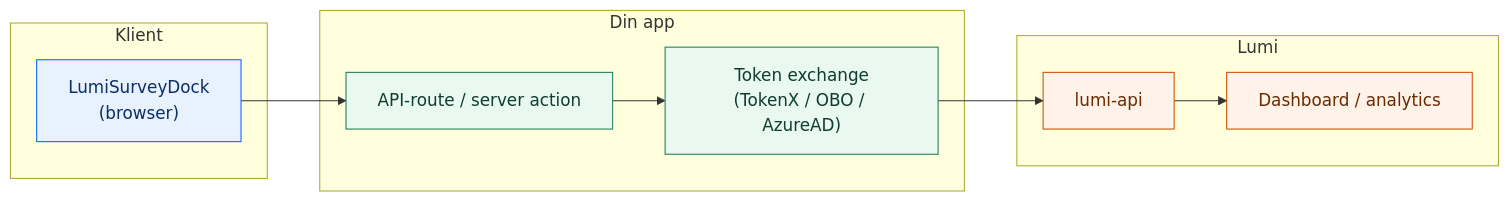
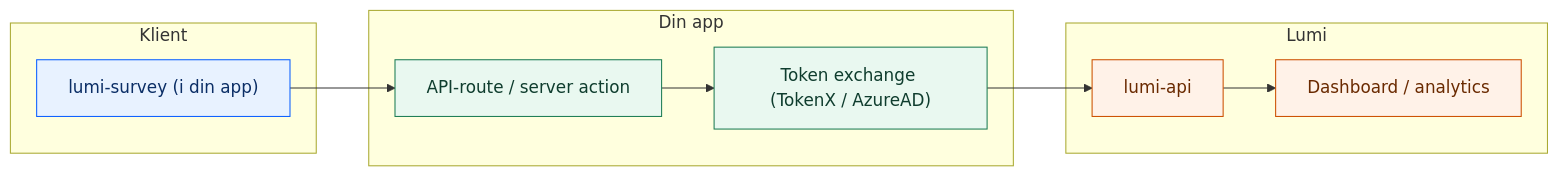
Before and after one commit to navikt/lumi: the diagram in README.md, drawn with Mermaid.

Commit message:
docs: update architecture diagram in README for clarity and accuracy

````diff
--- a/README.md
+++ b/README.md
@@ -27,30 +27,30 @@
 ```mermaid
 flowchart LR
 	%% ---------- Client ----------
 	subgraph Client["Klient"]
-		A["LumiSurveyDock\n(browser)"]
+		A["lumi-survey (i din app)"]
 	end
 
 	%% ---------- App Backend ----------
 	subgraph App["Din app"]
 		B["API-route / server action"]
-		C["Token exchange\n(TokenX / OBO / AzureAD)"]
+		C["Token exchange (TokenX / AzureAD)"]
 	end
 
 	%% ---------- Platform ----------
 	subgraph Platform["Lumi"]
 		D["lumi-api"]
 		E["Dashboard / analytics"]
 	end
 
 	A --> B --> C --> D --> E
 
 	%% ---------- Styling ----------
 	classDef client fill:#E8F2FF,stroke:#0B5FFF,stroke-width:1px,color:#0B2E66;
 	classDef app fill:#E9F8F0,stroke:#1C7C54,stroke-width:1px,color:#0F3D2E;
 	classDef platform fill:#FFF2E8,stroke:#CC4F00,stroke-width:1px,color:#6A2A00;
 
 	class A client;
 	class B,C app;
 	class D,E platform;
 ```
````
